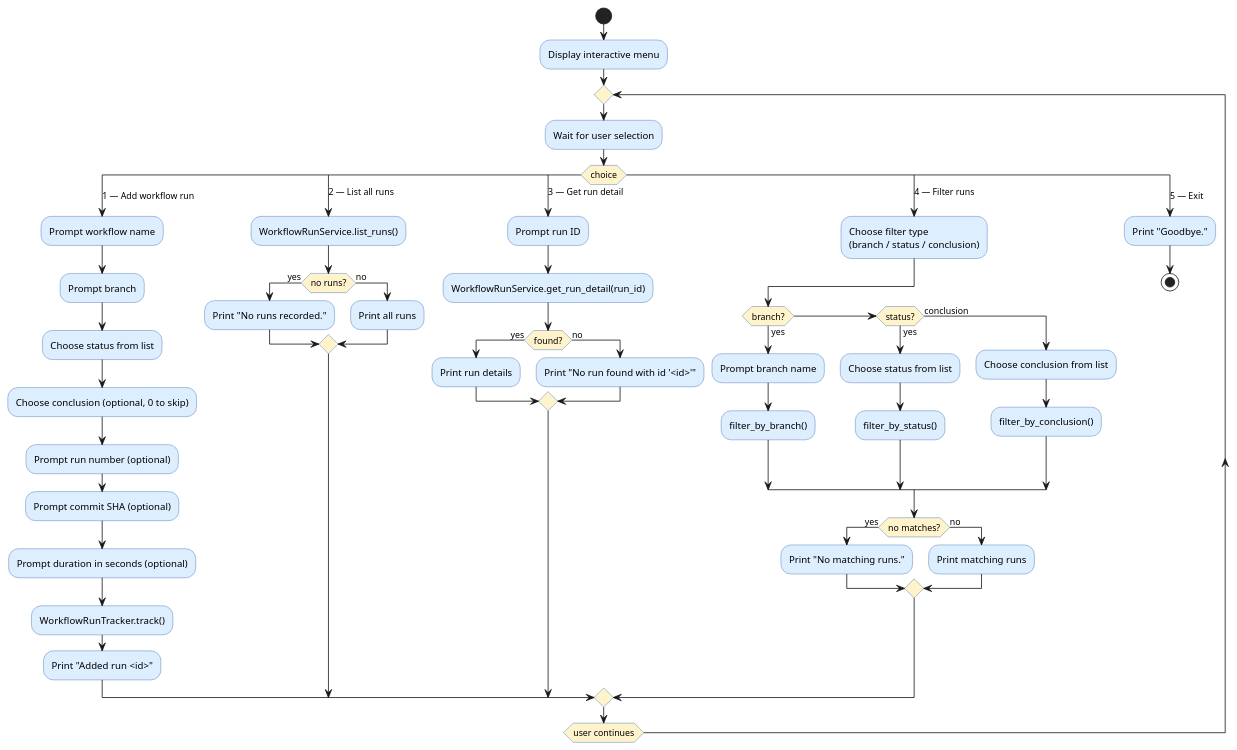
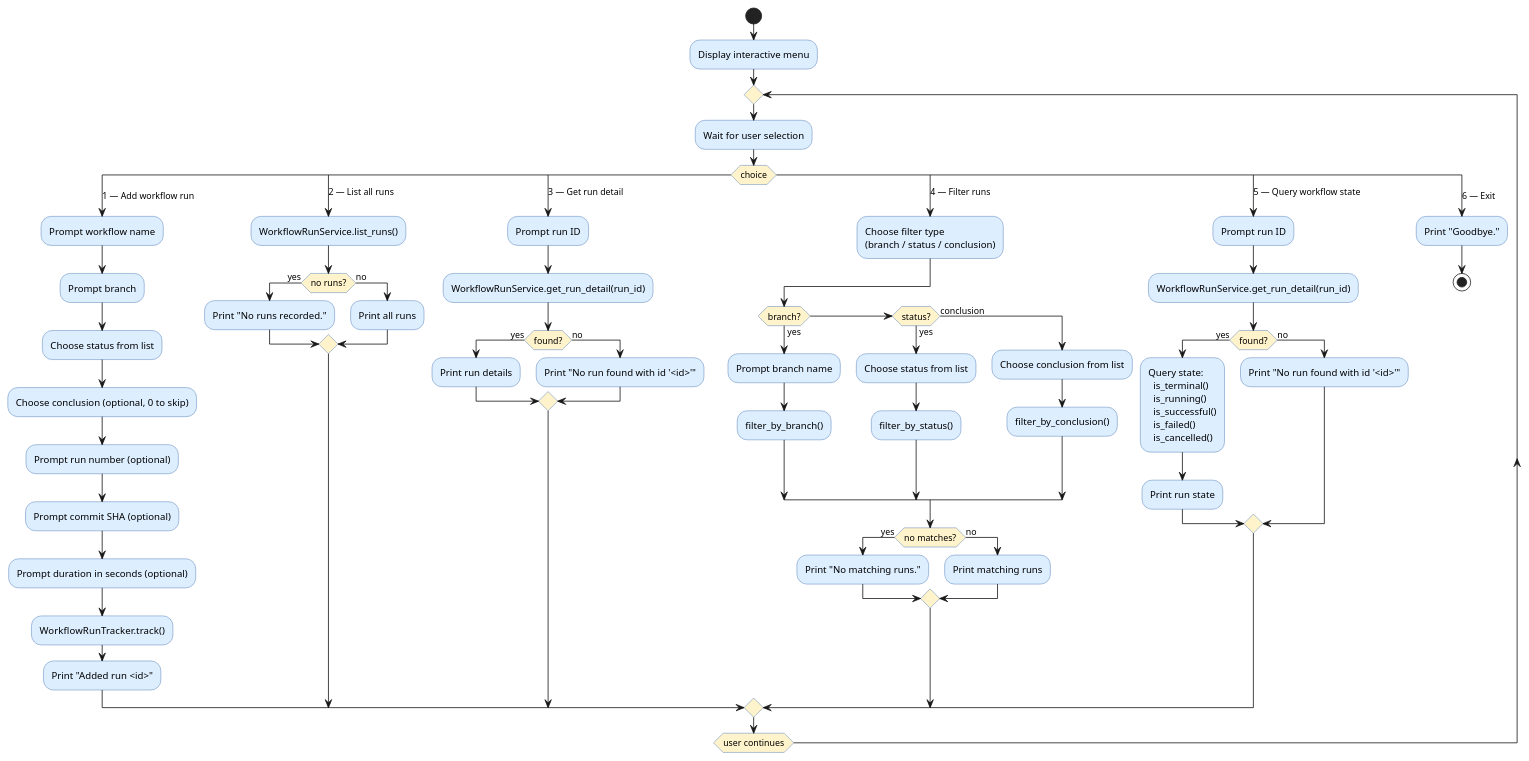
Before and after one commit to DanielRiha8906/Software_autoevolution_using_agents: the diagram in experiments/pipeline/structured_text/github-workflow-manager/artifacts/activity_diagram_interactive.puml, drawn with PlantUML. The commit also changed 8 other files, not shown here.

```diff
--- a/experiments/pipeline/structured_text/github-workflow-manager/artifacts/activity_diagram_interactive.puml
+++ b/experiments/pipeline/structured_text/github-workflow-manager/artifacts/activity_diagram_interactive.puml
@@ -1,71 +1,81 @@
 @startuml activity_diagram_interactive
 
 skinparam activityBackgroundColor #DDEEFF
 skinparam activityBorderColor     #3366AA
 skinparam activityDiamondBackgroundColor #FFF3CC
 
 start
 
 :Display interactive menu;
 
 repeat
 
   :Wait for user selection;
 
   switch (choice)
 
     case (1 — Add workflow run)
       :Prompt workflow name;
       :Prompt branch;
       :Choose status from list;
       :Choose conclusion (optional, 0 to skip);
       :Prompt run number (optional);
       :Prompt commit SHA (optional);
       :Prompt duration in seconds (optional);
       :WorkflowRunTracker.track();
       :Print "Added run <id>";
 
     case (2 — List all runs)
       :WorkflowRunService.list_runs();
       if (no runs?) then (yes)
         :Print "No runs recorded.";
       else (no)
         :Print all runs;
       endif
 
     case (3 — Get run detail)
       :Prompt run ID;
       :WorkflowRunService.get_run_detail(run_id);
       if (found?) then (yes)
         :Print run details;
       else (no)
         :Print "No run found with id '<id>'";
       endif
 
     case (4 — Filter runs)
       :Choose filter type\n(branch / status / conclusion);
       if (branch?) then (yes)
         :Prompt branch name;
         :filter_by_branch();
       elseif (status?) then (yes)
         :Choose status from list;
         :filter_by_status();
       else (conclusion)
         :Choose conclusion from list;
         :filter_by_conclusion();
       endif
       if (no matches?) then (yes)
         :Print "No matching runs.";
       else (no)
         :Print matching runs;
       endif
 
-    case (5 — Exit)
+    case (5 — Query workflow state)
+      :Prompt run ID;
+      :WorkflowRunService.get_run_detail(run_id);
+      if (found?) then (yes)
+        :Query state:\n  is_terminal()\n  is_running()\n  is_successful()\n  is_failed()\n  is_cancelled();
+        :Print run state;
+      else (no)
+        :Print "No run found with id '<id>'";
+      endif
+
+    case (6 — Exit)
       :Print "Goodbye.";
       stop
 
   endswitch
 
 repeat while (user continues)
 
 @enduml
```
